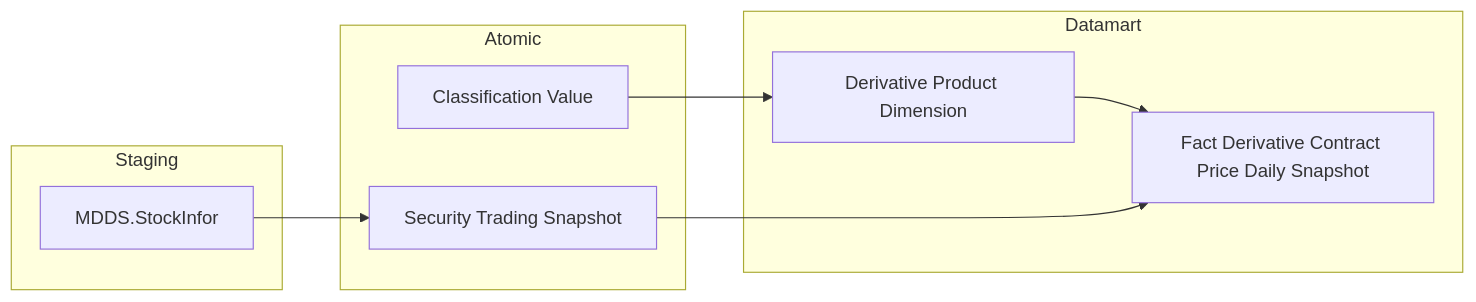
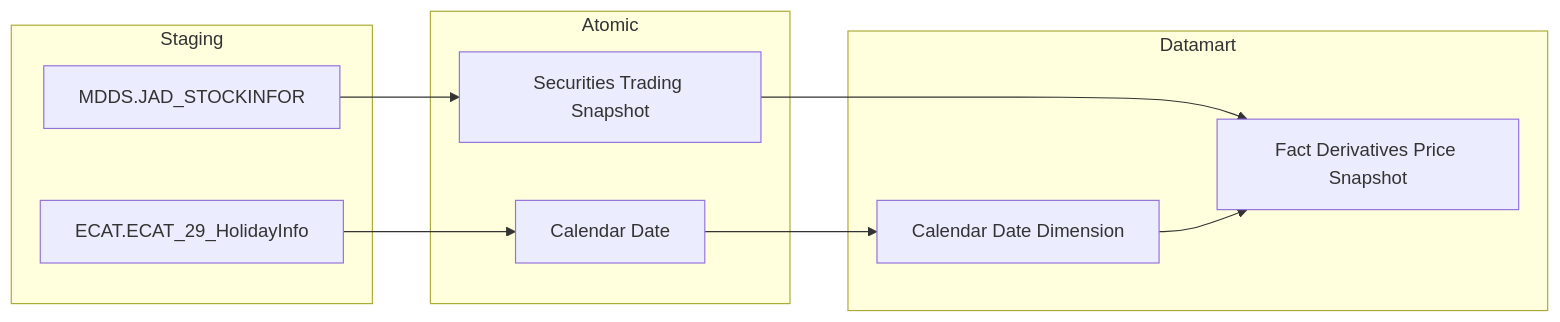
Before and after one commit to linhlvit/ubck_atomic_design: the third of 22 diagrams in Datamart/hld/DTM_VP_HLD.md, drawn with Mermaid. The commit also changed other lines of this file and 14 other files, not shown here.

````diff
--- a/Datamart/hld/DTM_VP_HLD.md
+++ b/Datamart/hld/DTM_VP_HLD.md
@@ -69,18 +69,20 @@
 ```mermaid
 flowchart LR
     subgraph SRC["Staging"]
-        S4[MDDS.StockInfor]
+        MDDS_JAD_STOCKINFOR3["MDDS.JAD_STOCKINFOR"]
+        ECAT_ECAT_29_HolidayInfo3["ECAT.ECAT_29_HolidayInfo"]
     end
     subgraph SIL["Atomic"]
-        A4[Security Trading Snapshot]
-        A3[Classification Value]
+        Securities_Trading_Snapshot3["Securities Trading Snapshot"]
+        Calendar_Date3["Calendar Date"]
     end
     subgraph GOLD["Datamart"]
-        D3[Derivative Product Dimension]
-        F3[Fact Derivative Contract Price Daily Snapshot]
-        D3 --> F3
+        fct_derv_prc_snpst["Fact Derivatives Price Snapshot"]
+        cdr_dt_dim3["Calendar Date Dimension"]
     end
-    S4 --> A4
-    A4 --> F3
-    A3 --> D3
+    MDDS_JAD_STOCKINFOR3 --> Securities_Trading_Snapshot3
+    ECAT_ECAT_29_HolidayInfo3 --> Calendar_Date3
+    Securities_Trading_Snapshot3 --> fct_derv_prc_snpst
+    Calendar_Date3 --> cdr_dt_dim3
+    cdr_dt_dim3 --> fct_derv_prc_snpst
 ```
````
